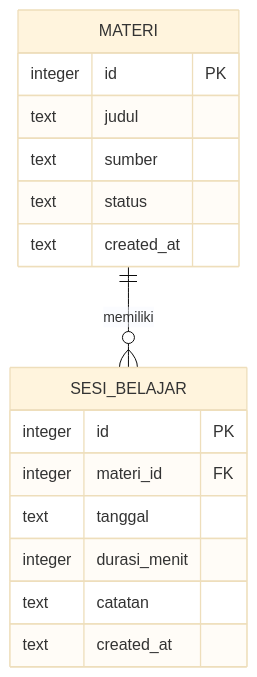
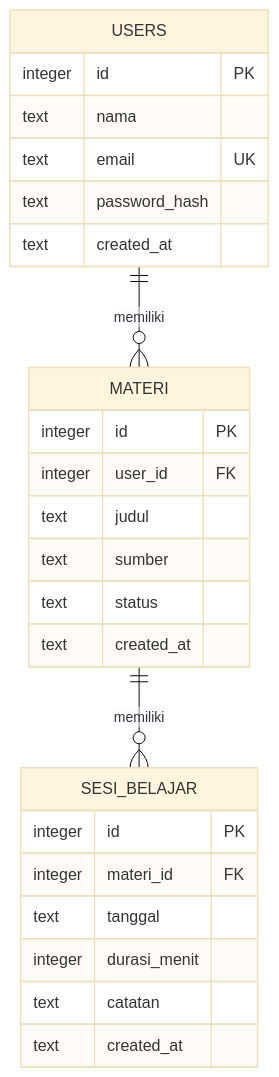
One commit to lysonmnk/ifs24024-pabwe2026-nextt changed the third of 3 diagrams in README.md. Above: the diagram before and after it, drawn with Mermaid (base theme). The commit also changed other lines of this file, not shown here.

````diff
--- a/README.md
+++ b/README.md
@@ -270,19 +324,28 @@
 ```mermaid
 erDiagram
+    USERS ||--o{ MATERI : memiliki
     MATERI ||--o{ SESI_BELAJAR : memiliki
+    USERS {
+        integer id PK
+        text nama
+        text email UK
+        text password_hash
+        text created_at
+    }
     MATERI {
         integer id PK
+        integer user_id FK
         text judul
         text sumber
         text status
         text created_at
     }
     SESI_BELAJAR {
         integer id PK
         integer materi_id FK
         text tanggal
         integer durasi_menit
         text catatan
         text created_at
     }
 ```
````
